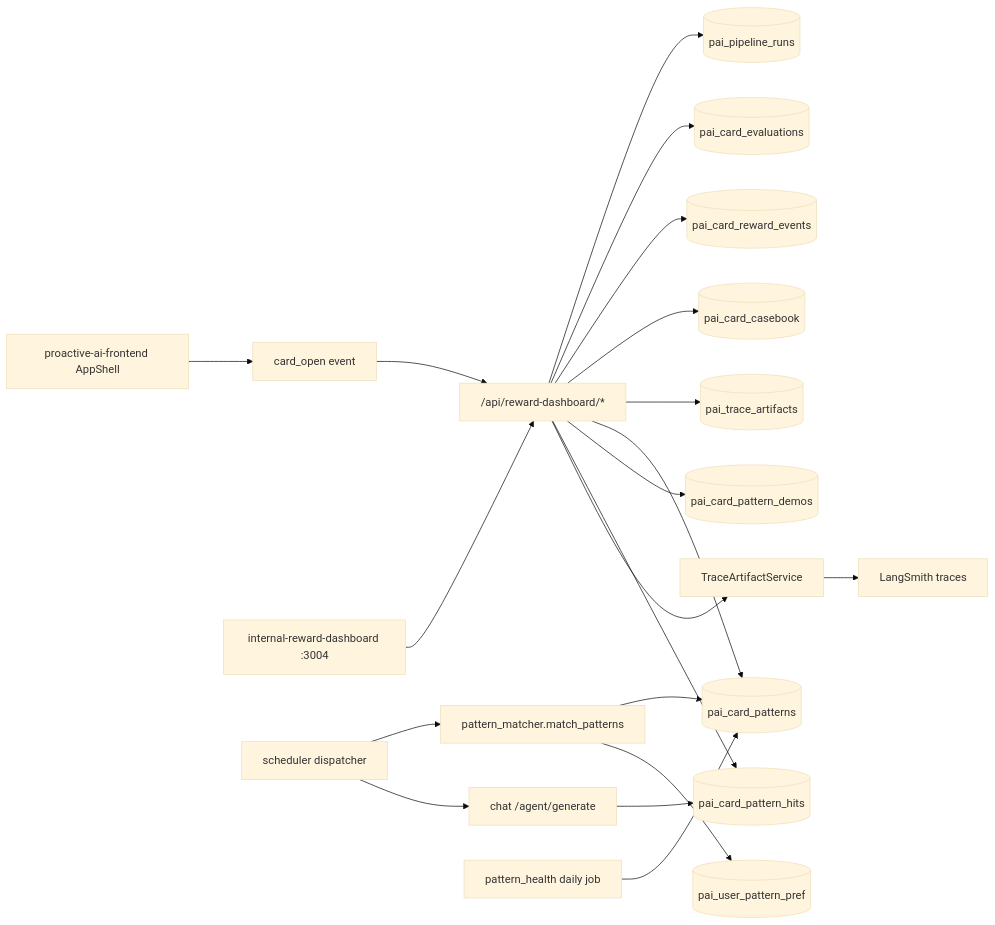
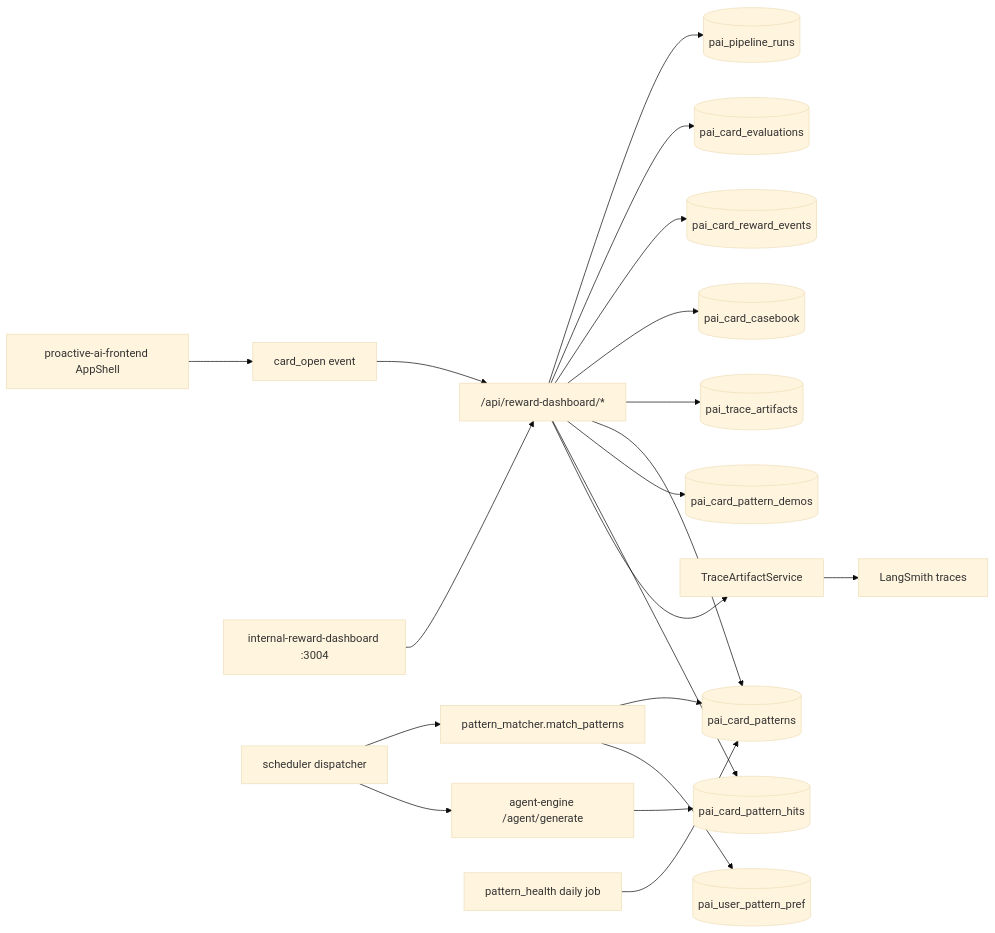
One commit to Edge-AI-HQ/proactive-assistant changed the diagram in docs/modules/internal-reward-dashboard.mdx. Above: the diagram before and after it, drawn with Mermaid (base theme). The commit also changed other lines of this file and 69 other files, not shown here.

````diff
--- a/docs/modules/internal-reward-dashboard.mdx
+++ b/docs/modules/internal-reward-dashboard.mdx
@@ -26,22 +26,22 @@
 ```mermaid
 flowchart LR
   MainFE["proactive-ai-frontend AppShell"] --> Open["card_open event"]
   Open --> RewardAPI["/api/reward-dashboard/*"]
   Dash["internal-reward-dashboard :3004"] --> RewardAPI
   RewardAPI --> Runs[("pai_pipeline_runs")]
   RewardAPI --> Eval[("pai_card_evaluations")]
   RewardAPI --> Events[("pai_card_reward_events")]
   RewardAPI --> Cases[("pai_card_casebook")]
   RewardAPI --> Traces[("pai_trace_artifacts")]
   RewardAPI --> Patterns[("pai_card_patterns")]
   RewardAPI --> Demos[("pai_card_pattern_demos")]
   RewardAPI --> Hits[("pai_card_pattern_hits")]
   TraceSvc["TraceArtifactService"] --> LangSmith["LangSmith traces"]
   RewardAPI --> TraceSvc
   Dispatcher["scheduler dispatcher"] --> Matcher["pattern_matcher.match_patterns"]
   Matcher --> Patterns
   Matcher --> FP[("pai_user_pattern_pref")]
-  Dispatcher --> ChatGen["chat /agent/generate"]
+  Dispatcher --> ChatGen["agent-engine /agent/generate"]
   ChatGen --> Hits
   HealthJob["pattern_health daily job"] --> Patterns
 ```
````
